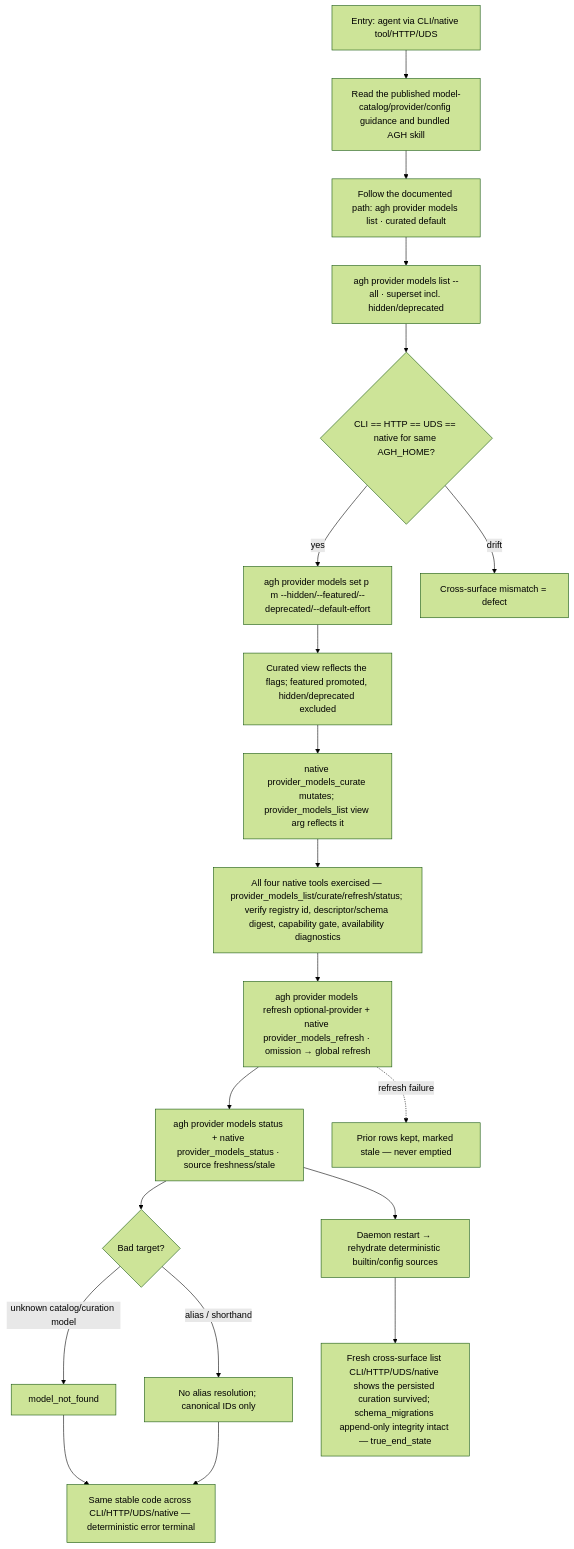
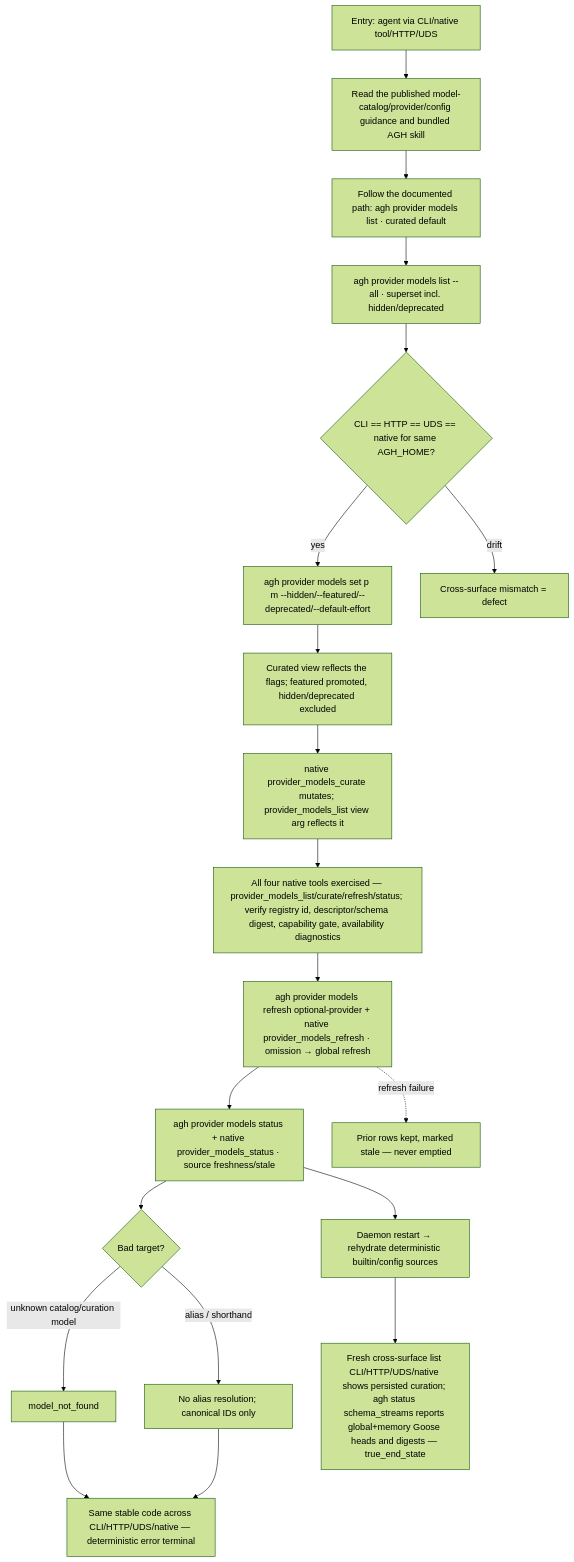
One commit to compozy/agh changed the diagram in docs/qa/journeys/J-20-catalog-curation-agent-surfaces.md. Above: the diagram before and after it, drawn with Mermaid (forest theme). The commit also changed other lines of this file and 817 other files, not shown here.

````diff
--- a/docs/qa/journeys/J-20-catalog-curation-agent-surfaces.md
+++ b/docs/qa/journeys/J-20-catalog-curation-agent-surfaces.md
@@ -5,22 +5,22 @@
 ```mermaid
 flowchart TD
     E1[Entry: agent via CLI/native tool/HTTP/UDS] --> GUIDE[Read the published model-catalog/provider/config guidance and bundled AGH skill]
     GUIDE --> LIST[Follow the documented path: agh provider models list · curated default]
     LIST --> ALL[agh provider models list --all · superset incl. hidden/deprecated]
     ALL --> COMPARE{CLI == HTTP == UDS == native for same AGH_HOME?}
     COMPARE -->|yes| SET[agh provider models set p m --hidden/--featured/--deprecated/--default-effort]
     COMPARE -->|drift| BUG[Cross-surface mismatch = defect]
     SET --> REFLECT[Curated view reflects the flags; featured promoted, hidden/deprecated excluded]
     REFLECT --> CURATE[native provider_models_curate mutates; provider_models_list view arg reflects it]
     CURATE --> NATIVE[All four native tools exercised — provider_models_list/curate/refresh/status; verify registry id, descriptor/schema digest, capability gate, availability diagnostics]
     NATIVE --> REFRESH[agh provider models refresh optional-provider + native provider_models_refresh · omission → global refresh]
     REFRESH --> STATUS[agh provider models status + native provider_models_status · source freshness/stale]
     STATUS --> ERR{Bad target?}
     ERR -->|unknown catalog/curation model| NF[model_not_found]
     ERR -->|alias / shorthand| NORES[No alias resolution; canonical IDs only]
     NF --> STABLE[Same stable code across CLI/HTTP/UDS/native — deterministic error terminal]
     NORES --> STABLE
     STATUS --> RESTART[Daemon restart → rehydrate deterministic builtin/config sources]
-    RESTART --> READBACK[Fresh cross-surface list CLI/HTTP/UDS/native shows the persisted curation survived; schema_migrations append-only integrity intact — true_end_state]
+    RESTART --> READBACK[Fresh cross-surface list CLI/HTTP/UDS/native shows persisted curation; agh status schema_streams reports global+memory Goose heads and digests — true_end_state]
     REFRESH -.->|refresh failure| STALE[Prior rows kept, marked stale — never emptied]
 ```
````
